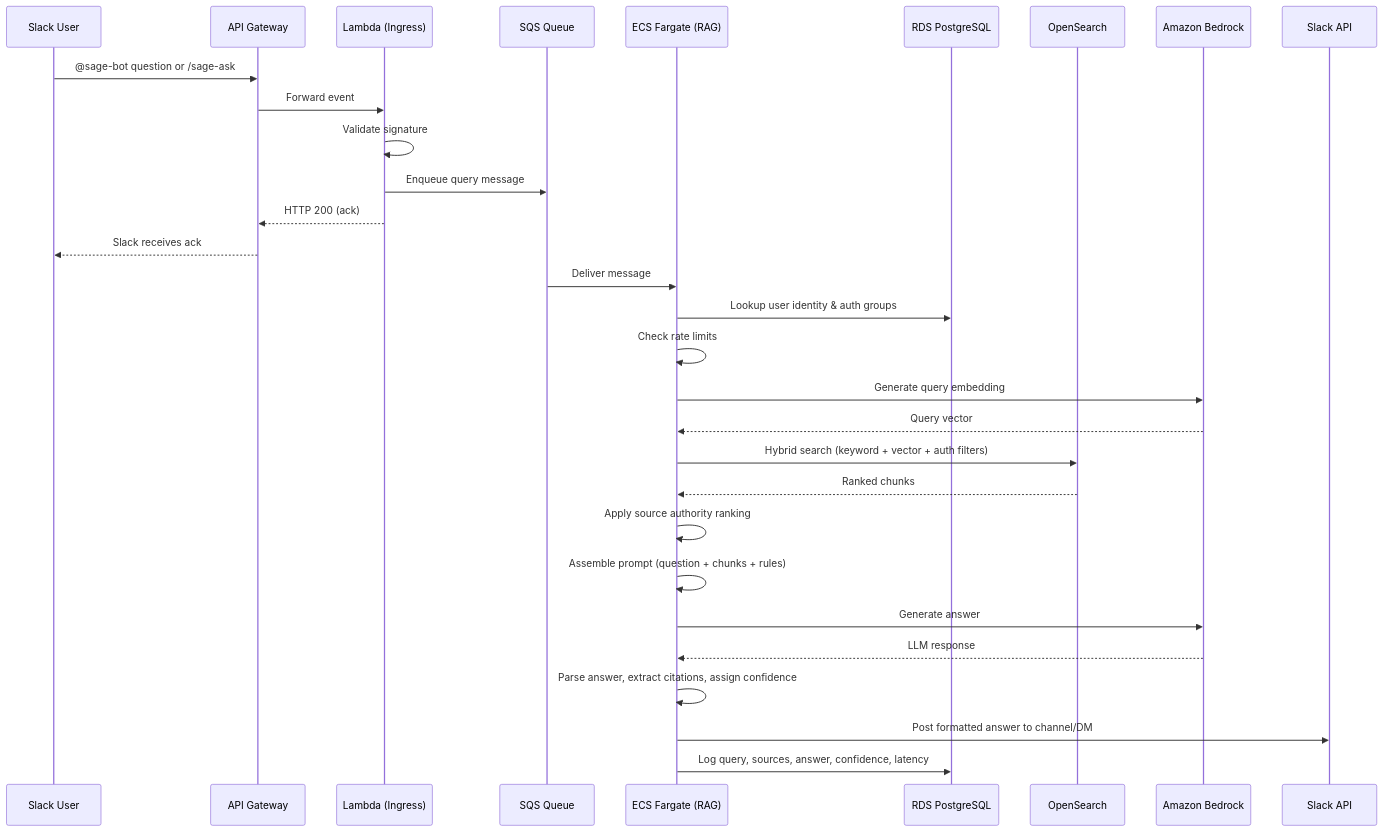
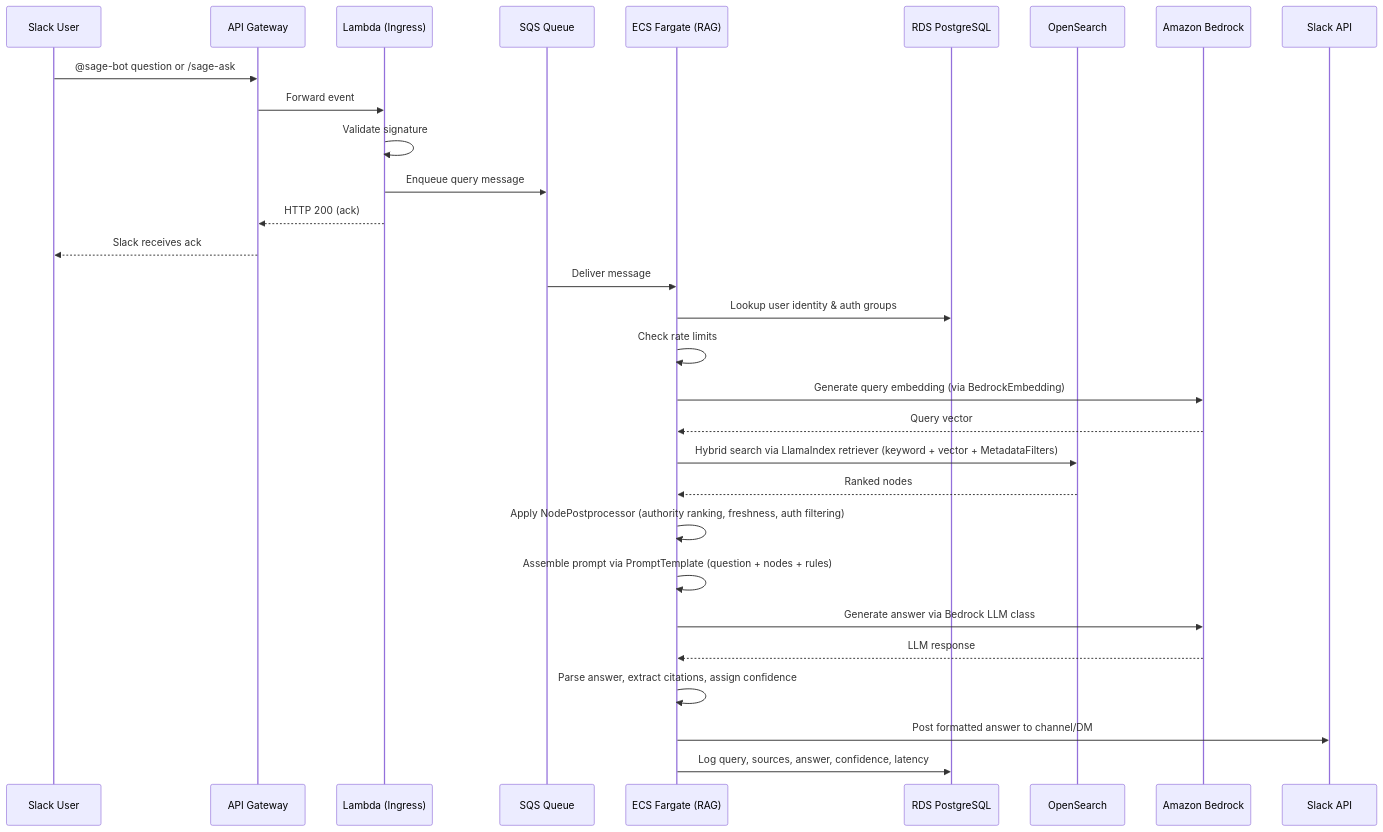
One commit to Sage-Bionetworks-IT/sage-kb-chatbot changed the third of 6 diagrams in .kiro/specs/sage-kb-chatbot/design.md. Above: the diagram before and after it, drawn with Mermaid. The commit also changed other lines of this file and 3 other files, not shown here.

````diff
--- a/.kiro/specs/sage-kb-chatbot/design.md
+++ b/.kiro/specs/sage-kb-chatbot/design.md
@@ -275,34 +270,34 @@
 ```mermaid
 sequenceDiagram
     participant User as Slack User
     participant APIGW as API Gateway
     participant Lambda as Lambda (Ingress)
     participant SQS as SQS Queue
     participant ECS as ECS Fargate (RAG)
     participant RDS as RDS PostgreSQL
     participant OS as OpenSearch
     participant Bedrock as Amazon Bedrock
     participant Slack as Slack API
 
     User->>APIGW: @sage-bot question or /sage-ask
     APIGW->>Lambda: Forward event
     Lambda->>Lambda: Validate signature
     Lambda->>SQS: Enqueue query message
     Lambda-->>APIGW: HTTP 200 (ack)
     APIGW-->>User: Slack receives ack
 
     SQS->>ECS: Deliver message
     ECS->>RDS: Lookup user identity & auth groups
     ECS->>ECS: Check rate limits
-    ECS->>Bedrock: Generate query embedding
+    ECS->>Bedrock: Generate query embedding (via BedrockEmbedding)
     Bedrock-->>ECS: Query vector
-    ECS->>OS: Hybrid search (keyword + vector + auth filters)
-    OS-->>ECS: Ranked chunks
-    ECS->>ECS: Apply source authority ranking
-    ECS->>ECS: Assemble prompt (question + chunks + rules)
-    ECS->>Bedrock: Generate answer
+    ECS->>OS: Hybrid search via LlamaIndex retriever (keyword + vector + MetadataFilters)
+    OS-->>ECS: Ranked nodes
+    ECS->>ECS: Apply NodePostprocessor (authority ranking, freshness, auth filtering)
+    ECS->>ECS: Assemble prompt via PromptTemplate (question + nodes + rules)
+    ECS->>Bedrock: Generate answer via Bedrock LLM class
     Bedrock-->>ECS: LLM response
     ECS->>ECS: Parse answer, extract citations, assign confidence
     ECS->>Slack: Post formatted answer to channel/DM
     ECS->>RDS: Log query, sources, answer, confidence, latency
 ```
````
